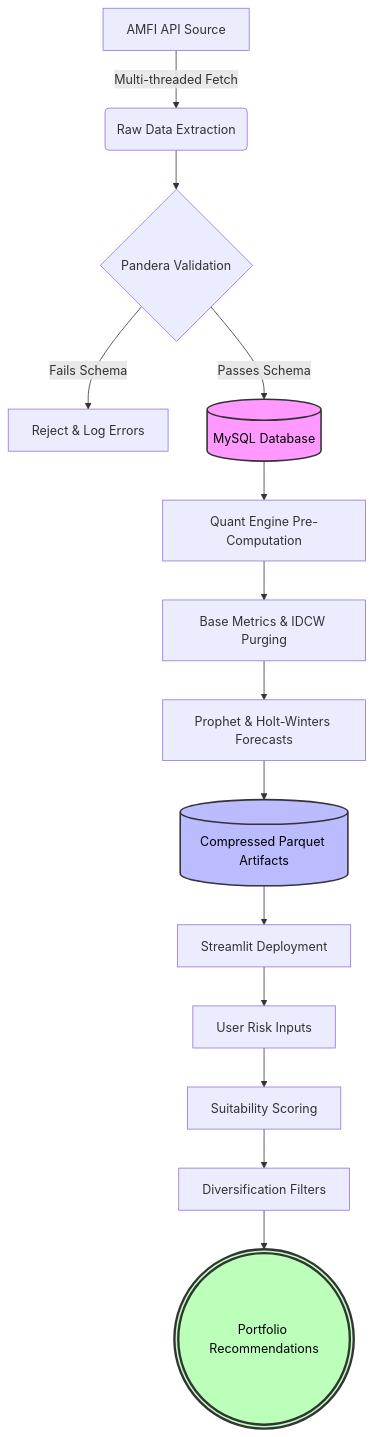
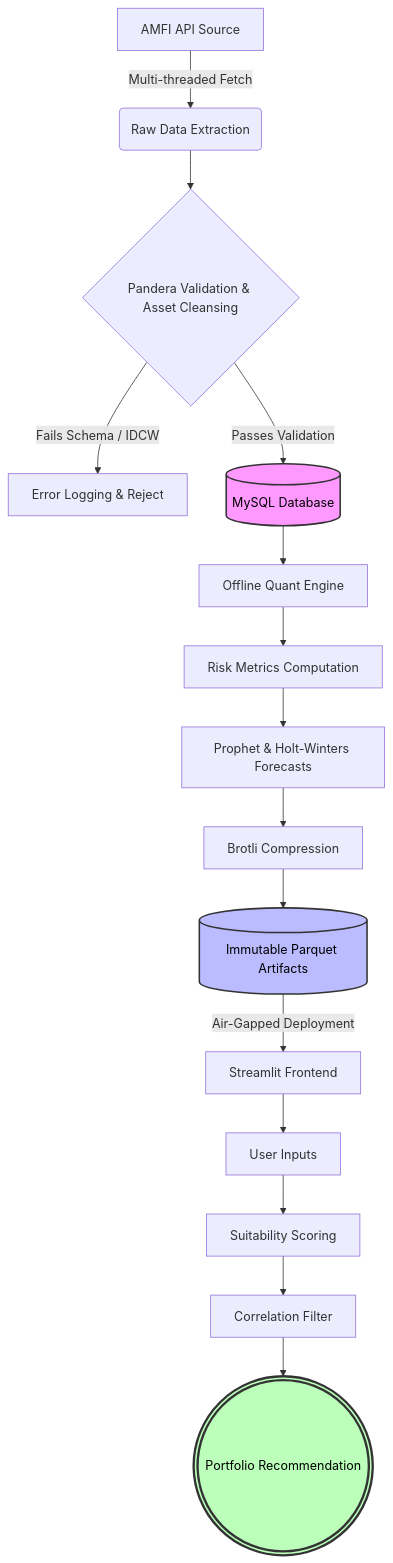
Before and after one commit to Aneek00/Financial-Data-Pipeline-and-Quantitative-Investment-Analytics-Engine: the first of 2 diagrams in README.md, drawn with Mermaid. The commit also changed other lines of this file, not shown here.

````diff
--- a/README.md
+++ b/README.md
@@ -197,34 +111,36 @@
 ```mermaid
 flowchart TD
 
     A[AMFI API Source]
-        -->|Multi-threaded Fetch| B(Raw Data Extraction)
+    -->|Multi-threaded Fetch| B(Raw Data Extraction)
 
-    B --> C{Pandera Validation}
+    B --> C{Pandera Validation & Asset Cleansing}
 
-    C -->|Fails Schema| D[Reject & Log Errors]
+    C -->|Fails Schema / IDCW| D[Error Logging & Reject]
 
-    C -->|Passes Schema| E[(MySQL Database)]
+    C -->|Passes Validation| E[(MySQL Database)]
 
-    E --> F[Quant Engine Pre-Computation]
+    E --> F[Offline Quant Engine]
 
-    F --> G[Base Metrics & IDCW Purging]
+    F --> G[Risk Metrics Computation]
 
     G --> H[Prophet & Holt-Winters Forecasts]
 
-    H --> I[(Compressed Parquet Artifacts)]
+    H --> I[Brotli Compression]
 
-    I --> J[Streamlit Deployment]
+    I --> J[(Immutable Parquet Artifacts)]
 
-    J --> K[User Risk Inputs]
+    J -->|Air-Gapped Deployment| K[Streamlit Frontend]
 
-    K --> L[Suitability Scoring]
+    K --> L[User Inputs]
 
-    L --> M[Diversification Filters]
+    L --> M[Suitability Scoring]
 
-    M --> N(((Portfolio Recommendations)))
+    M --> N[Correlation Filter]
+
+    N --> O(((Portfolio Recommendation)))
 
     style E fill:#f9f,stroke:#333,stroke-width:2px,color:#000
-    style I fill:#bbf,stroke:#333,stroke-width:2px,color:#000
-    style N fill:#bfb,stroke:#333,stroke-width:3px,color:#000
+    style J fill:#bbf,stroke:#333,stroke-width:2px,color:#000
+    style O fill:#bfb,stroke:#333,stroke-width:3px,color:#000
 ```
````
